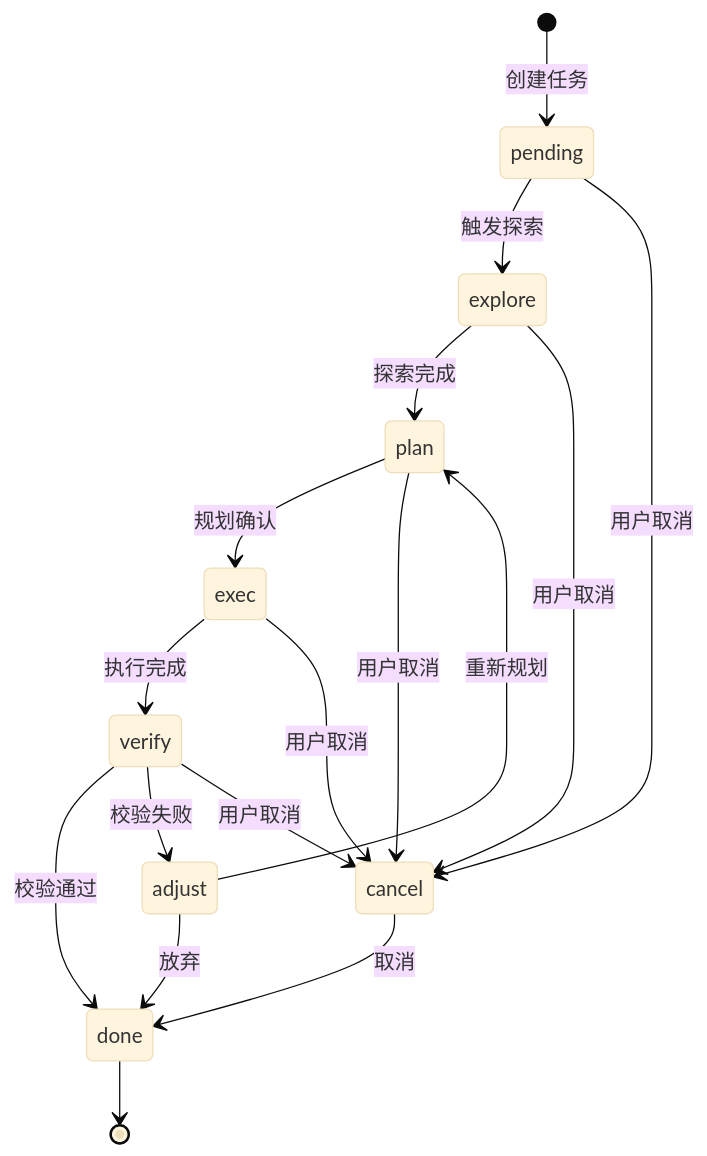
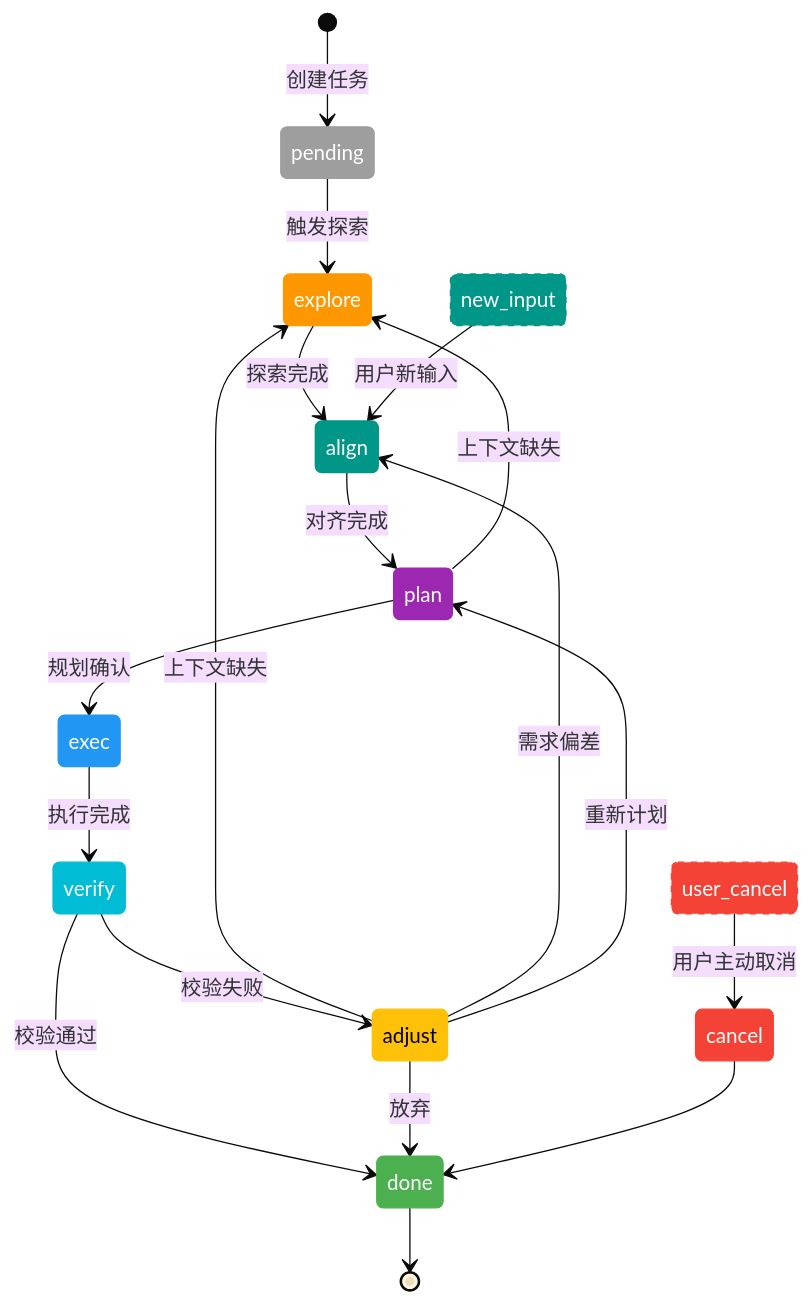
Before and after one commit to lazygophers/ccplugin: the diagram in plugins/tools/task/docs/状态管理.md, drawn with Mermaid (base theme). The commit also changed other lines of this file, not shown here.

````diff
--- a/plugins/tools/task/docs/状态管理.md
+++ b/plugins/tools/task/docs/状态管理.md
@@ -18,25 +19,41 @@
 ```mermaid
 stateDiagram-v2
     [*] --> pending: 创建任务
     pending --> explore: 触发探索
-    pending --> cancel: 用户取消
 
-    explore --> plan: 探索完成
-    explore --> cancel: 用户取消
+    explore --> align: 探索完成
+
+    align --> plan: 对齐完成
 
     plan --> exec: 规划确认
-    plan --> cancel: 用户取消
+    plan --> explore: 上下文缺失
 
     exec --> verify: 执行完成
-    exec --> cancel: 用户取消
 
     verify --> done: 校验通过
     verify --> adjust: 校验失败
-    verify --> cancel: 用户取消
 
-    adjust --> plan: 重新规划
+    adjust --> explore: 上下文缺失
+    adjust --> align: 需求偏差
+    adjust --> plan: 重新计划
     adjust --> done: 放弃
 
-    done --> [*]
-    cancel --> done: 取消
+    user_cancel --> cancel: 用户主动取消
+    cancel --> done
+
+    new_input --> align: 用户新输入
+
+    done -->[*]
+
+    style pending fill:#9E9E9E,stroke:#9E9E9E,color:#fff
+    style explore fill:#FF9800,stroke:#FF9800,color:#fff
+    style align fill:#009688,stroke:#009688,color:#fff
+    style plan fill:#9C27B0,stroke:#9C27B0,color:#fff
+    style exec fill:#2196F3,stroke:#2196F3,color:#fff
+    style verify fill:#00BCD4,stroke:#00BCD4,color:#fff
+    style adjust fill:#FFC107,stroke:#FFC107,color:#000
+    style done fill:#4CAF50,stroke:#4CAF50,color:#fff
+    style cancel fill:#F44336,stroke:#F44336,color:#fff
+    style user_cancel fill:#F44336,stroke:#F44336,color:#fff,stroke-dasharray:5
+    style new_input fill:#009688,stroke:#009688,color:#fff,stroke-dasharray:5
 ```
````
